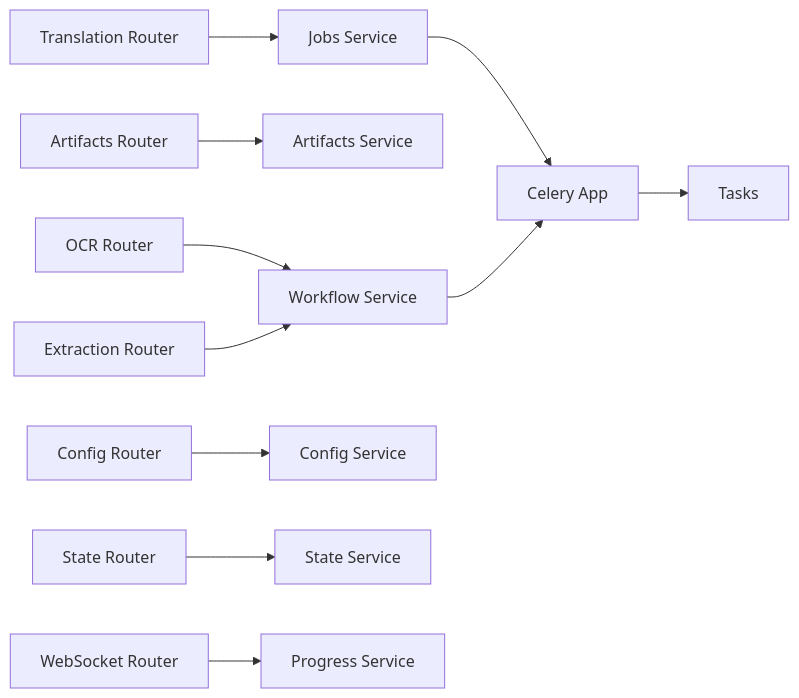
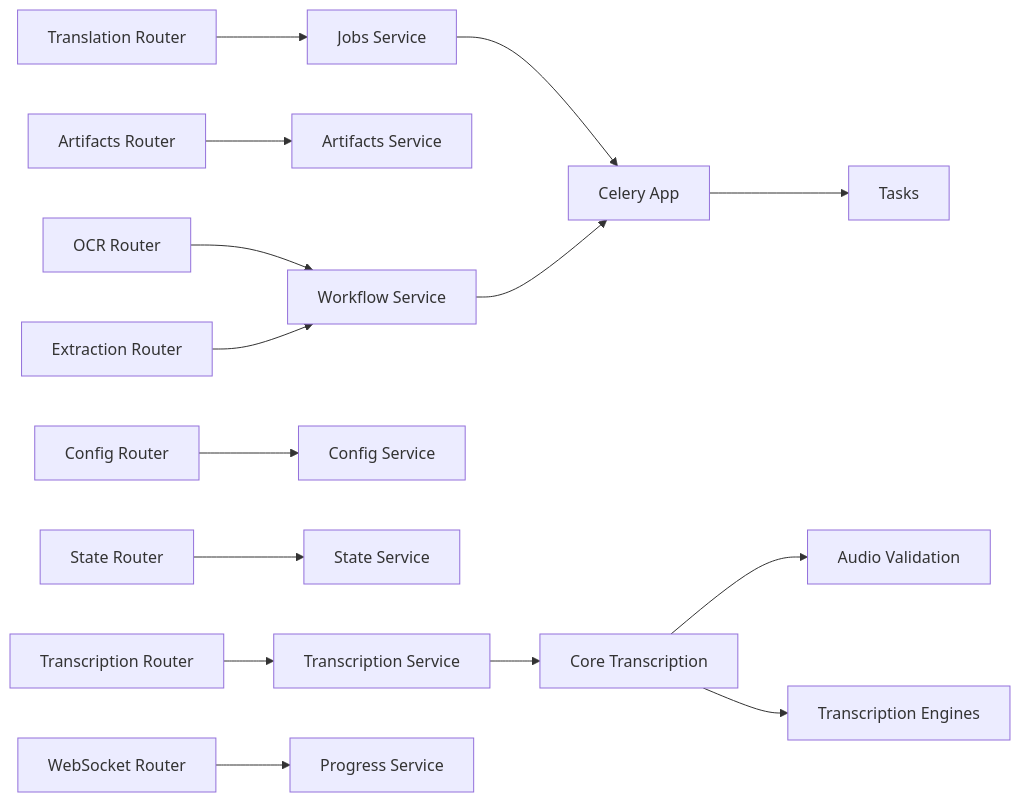
One commit to Sifr-r/LocalDeepL changed the fourth of 4 diagrams in .qoder/repowiki/en/content/API Reference/API Reference.md. Above: the diagram before and after it, drawn with Mermaid. The commit also changed other lines of this file and 104 other files, not shown here.

````diff
--- a/.qoder/repowiki/en/content/API Reference/API Reference.md
+++ b/.qoder/repowiki/en/content/API Reference/API Reference.md
@@ -360,13 +478,17 @@
 ```mermaid
 graph LR
 Router_Translation["Translation Router"] --> Service_Jobs["Jobs Service"]
 Router_Artifacts["Artifacts Router"] --> Service_Artifacts["Artifacts Service"]
 Router_OCR["OCR Router"] --> Service_Workflow["Workflow Service"]
 Router_Extraction["Extraction Router"] --> Service_Workflow
 Router_Config["Config Router"] --> Service_Config["Config Service"]
 Router_State["State Router"] --> Service_State["State Service"]
+Router_Transcription["Transcription Router"] --> Service_Transcription["Transcription Service"]
 Router_Websocket["WebSocket Router"] --> Service_Progress["Progress Service"]
+Service_Transcription --> Core_Transcription["Core Transcription"]
 Service_Jobs --> Celery["Celery App"]
 Service_Workflow --> Celery
+Core_Transcription --> Validation["Audio Validation"]
+Core_Transcription --> Engines["Transcription Engines"]
 Celery --> Tasks["Tasks"]
 ```
````
